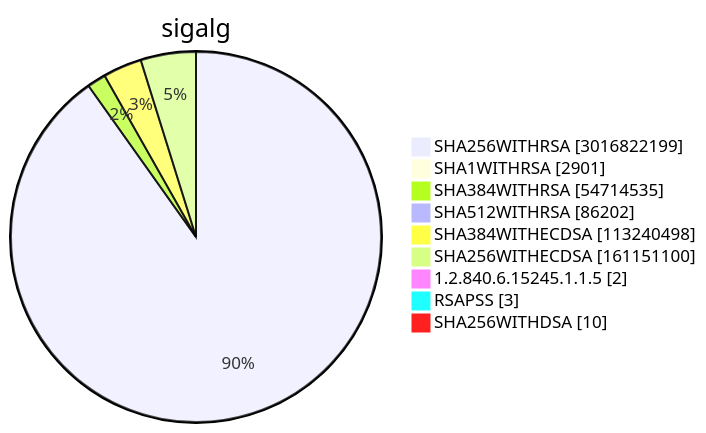
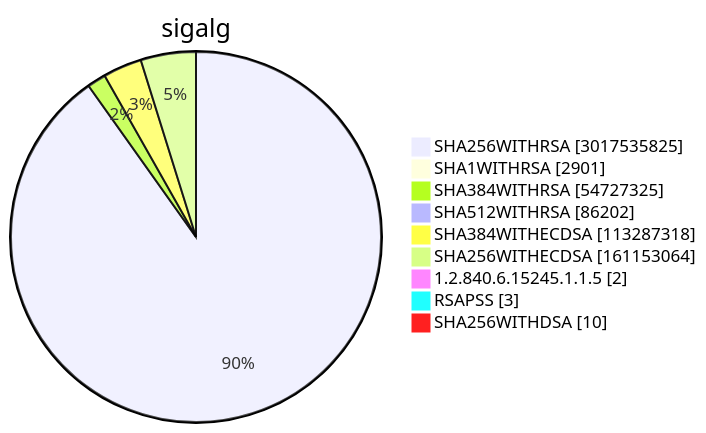
One commit to christiankrug/ctmonitor_visualization changed diagram 15 of 15 in TOTAL/README.md. Above: the diagram before and after it, drawn with Mermaid. The commit also changed other lines of this file, not shown here.

````diff
--- a/TOTAL/README.md
+++ b/TOTAL/README.md
@@ -6208,13 +6208,13 @@
 ```mermaid
 pie showData
 title sigalg
-"SHA256WITHRSA" :3016822199
+"SHA256WITHRSA" :3017535825
 "SHA1WITHRSA" :2901
-"SHA384WITHRSA" :54714535
+"SHA384WITHRSA" :54727325
 "SHA512WITHRSA" :86202
-"SHA384WITHECDSA" :113240498
-"SHA256WITHECDSA" :161151100
+"SHA384WITHECDSA" :113287318
+"SHA256WITHECDSA" :161153064
 "1.2.840.6.15245.1.1.5" :2
 "RSAPSS" :3
 "SHA256WITHDSA" :10
 ```
````
